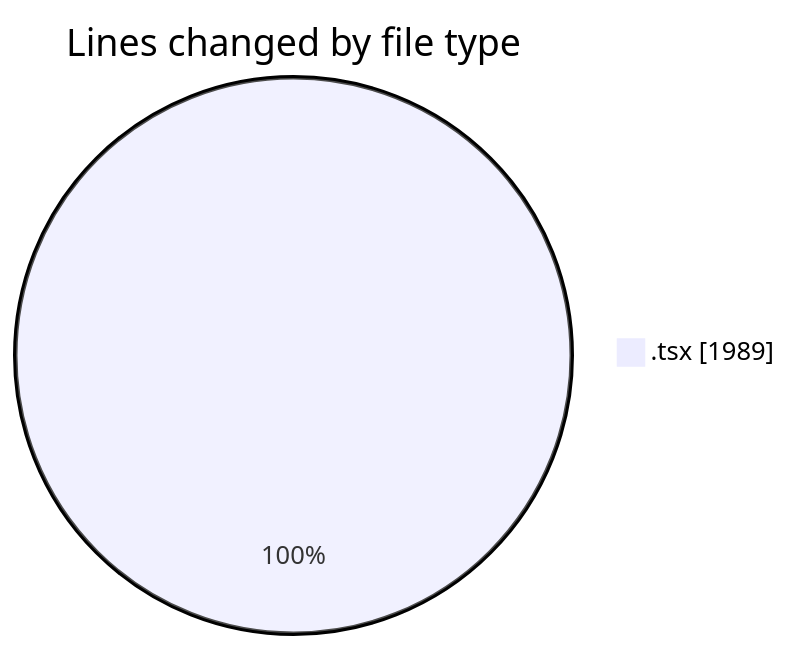
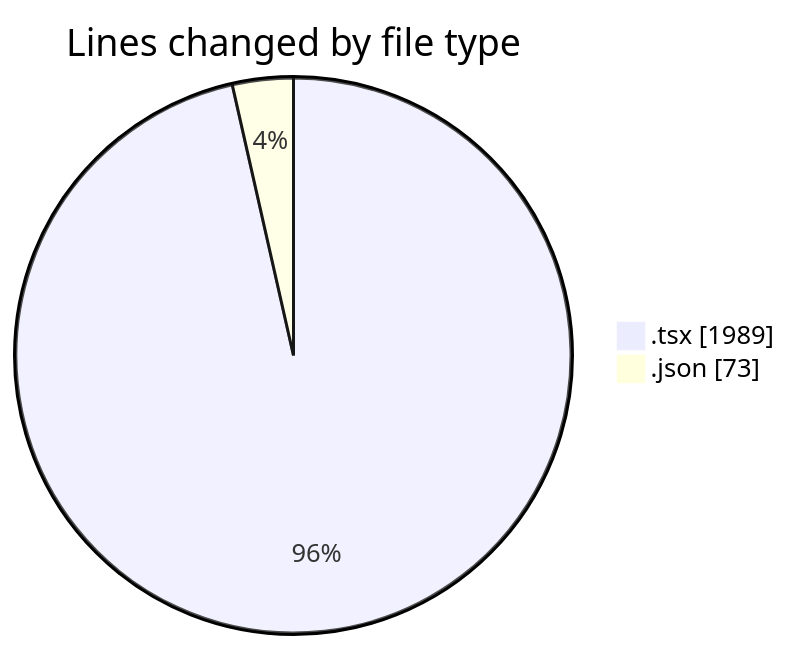
Before and after one commit to nxtqubesakshisongat/code-tracking: the first of 2 diagrams in 2026-01-22/nxtqube_webapp/README.md, drawn with Mermaid. The commit also changed other lines of this file and 1 other file, not shown here.

````diff
--- a/2026-01-22/nxtqube_webapp/README.md
+++ b/2026-01-22/nxtqube_webapp/README.md
@@ -22,5 +23,6 @@
 ```mermaid
 pie showData
 title Lines changed by file type
 ".tsx" : 1989
+".json" : 73
 ```
````
